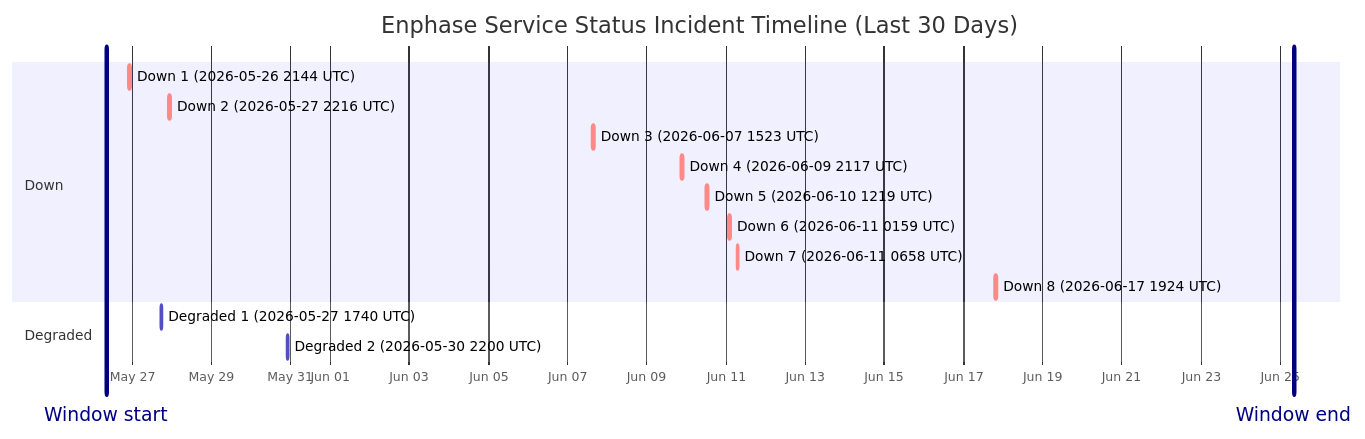
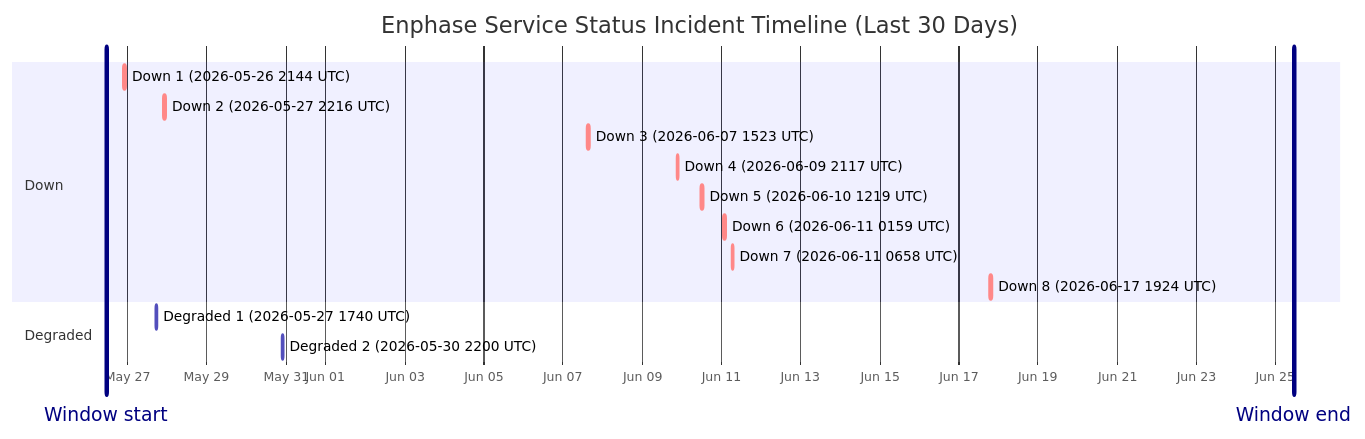
One commit to barneyonline/ha-enphase-energy changed the diagram in wiki/Service-Status-History.md. Above: the diagram before and after it, drawn with Mermaid. The commit also changed other lines of this file and 3 other files, not shown here.

````diff
--- a/wiki/Service-Status-History.md
+++ b/wiki/Service-Status-History.md
@@ -14,20 +14,20 @@
 ```mermaid
 gantt
     title Enphase Service Status Incident Timeline (Last 30 Days)
     dateFormat  YYYY-MM-DDTHH:mm:ss
     axisFormat  %b %d
-    Window start :vert, window-start, 2026-05-26T08:21:42, 0ms
-    Window end :vert, window-end, 2026-06-25T08:21:42, 0ms
+    Window start :vert, window-start, 2026-05-26T11:14:14, 0ms
+    Window end :vert, window-end, 2026-06-25T11:14:14, 0ms
     section Down
     Down 1 (2026-05-26 2144 UTC) :crit, down-1, 2026-05-26T21:44:11, 85m
     Down 2 (2026-05-27 2216 UTC) :crit, down-2, 2026-05-27T22:16:53, 87m
     Down 3 (2026-06-07 1523 UTC) :crit, down-3, 2026-06-07T15:23:22, 87m
     Down 4 (2026-06-09 2117 UTC) :crit, down-4, 2026-06-09T21:17:17, 60m
     Down 5 (2026-06-10 1219 UTC) :crit, down-5, 2026-06-10T12:19:21, 60m
     Down 6 (2026-06-11 0159 UTC) :crit, down-6, 2026-06-11T01:59:36, 60m
     Down 7 (2026-06-11 0658 UTC) :crit, down-7, 2026-06-11T06:58:45, 60m
     Down 8 (2026-06-17 1924 UTC) :crit, down-8, 2026-06-17T19:24:51, 60m
     section Degraded
     Degraded 1 (2026-05-27 1740 UTC) :active, degraded-1, 2026-05-27T17:40:52, 60m
     Degraded 2 (2026-05-30 2200 UTC) :active, degraded-2, 2026-05-30T22:00:37, 60m
 ```
````
